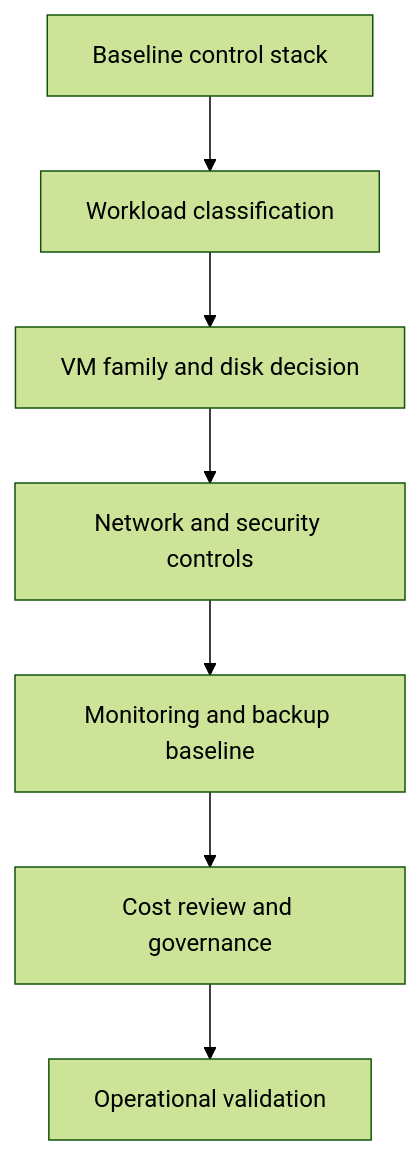
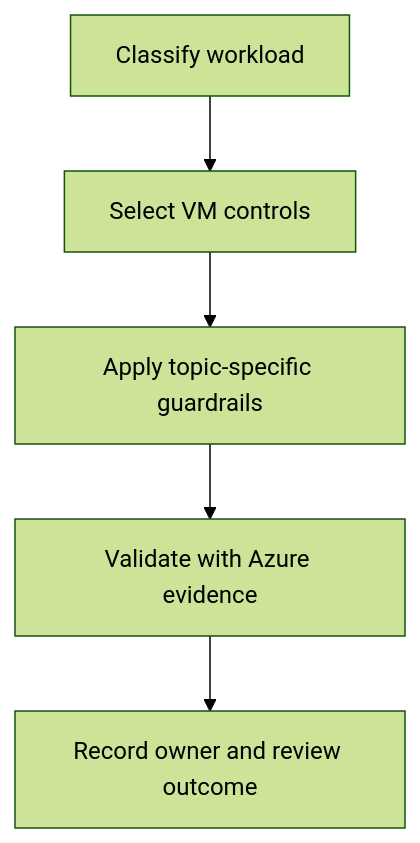
The diagram in docs/best-practices/production-baseline.md (yeongseon/azure-virtual-machine-practical-guide), drawn with Mermaid (forest theme) before and after one commit. The commit also changed other lines of this file and 79 other files, not shown here.

````diff
--- a/docs/best-practices/production-baseline.md
+++ b/docs/best-practices/production-baseline.md
@@ -39,9 +37,7 @@
 ```mermaid
 flowchart TD
-    A[Baseline control stack] --> B[Workload classification]
-    B --> C[VM family and disk decision]
-    C --> D[Network and security controls]
-    D --> E[Monitoring and backup baseline]
-    E --> F[Cost review and governance]
-    F --> G[Operational validation]
+    A[Classify workload] --> B[Select VM controls]
+    B --> C[Apply topic-specific guardrails]
+    C --> D[Validate with Azure evidence]
+    D --> E[Record owner and review outcome]
 ```
````
